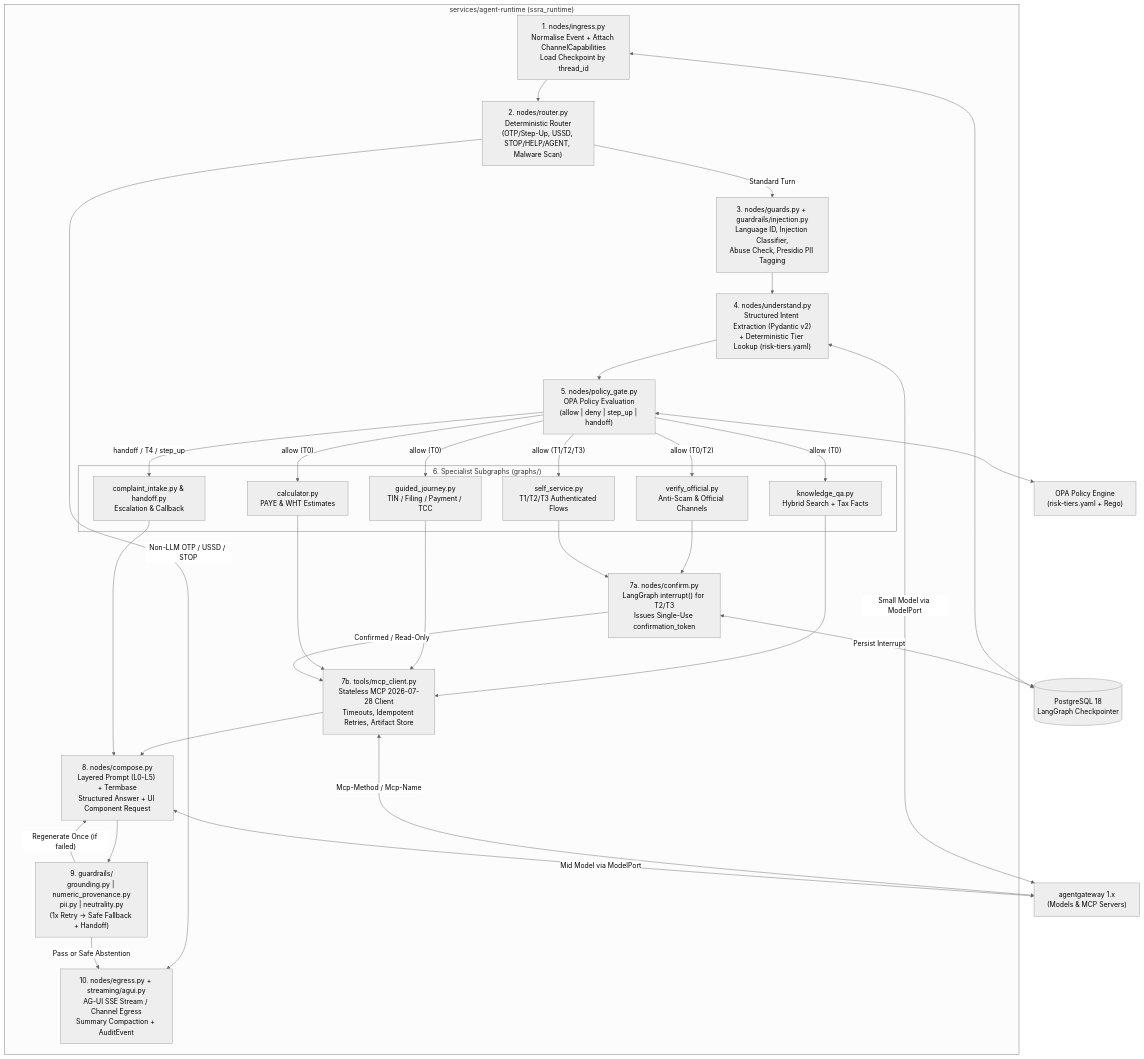
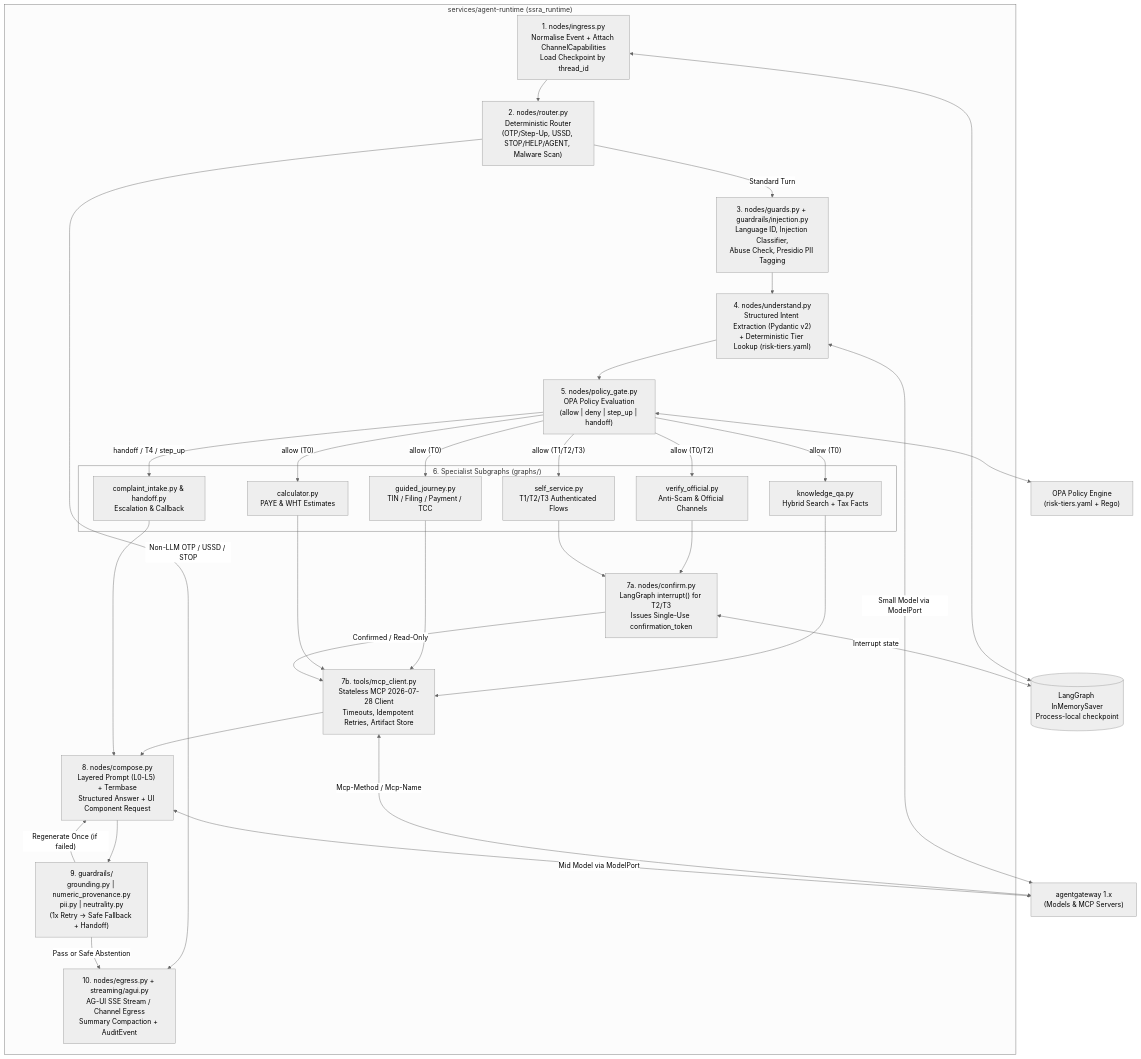
The third of 8 diagrams in docs/architecture/overview.md (mpairwe7/SSRA-CX), drawn with Mermaid (neutral theme) before and after one commit. The commit also changed other lines of this file and 3 other files, not shown here.

Commit message:
docs(architecture): reconcile current structure and flows

````diff
--- a/docs/architecture/overview.md
+++ b/docs/architecture/overview.md
@@ -273,62 +296,62 @@
 ```mermaid
 flowchart TB
     subgraph AgentRuntime["services/agent-runtime (ssra_runtime)"]
         Ingress["1. nodes/ingress.py\nNormalise Event + Attach ChannelCapabilities\nLoad Checkpoint by thread_id"]
         DetRouter["2. nodes/router.py\nDeterministic Router\n(OTP/Step-Up, USSD, STOP/HELP/AGENT, Malware Scan)"]
         InputGuard["3. nodes/guards.py + guardrails/injection.py\nLanguage ID, Injection Classifier,\nAbuse Check, Presidio PII Tagging"]
         Understand["4. nodes/understand.py\nStructured Intent Extraction (Pydantic v2)\n+ Deterministic Tier Lookup (risk-tiers.yaml)"]
         PolicyGate["5. nodes/policy_gate.py\nOPA Policy Evaluation\n(allow | deny | step_up | handoff)"]
 
         subgraph Subgraphs["6. Specialist Subgraphs (graphs/)"]
             SG_QA["knowledge_qa.py\nHybrid Search + Tax Facts"]
             SG_Journey["guided_journey.py\nTIN / Filing / Payment / TCC"]
             SG_Calc["calculator.py\nPAYE & WHT Estimates"]
             SG_Verify["verify_official.py\nAnti-Scam & Official Channels"]
             SG_Self["self_service.py\nT1/T2/T3 Authenticated Flows"]
             SG_Handoff["complaint_intake.py & handoff.py\nEscalation & Callback"]
         end
 
         ConfirmNode["7a. nodes/confirm.py\nLangGraph interrupt() for T2/T3\nIssues Single-Use confirmation_token"]
         ToolExec["7b. tools/mcp_client.py\nStateless MCP 2026-07-28 Client\nTimeouts, Idempotent Retries, Artifact Store"]
         Compose["8. nodes/compose.py\nLayered Prompt (L0-L5) + Termbase\nStructured Answer + UI Component Request"]
         OutputGuard["9. guardrails/\ngrounding.py | numeric_provenance.py\npii.py | neutrality.py\n(1x Retry -> Safe Fallback + Handoff)"]
         Egress["10. nodes/egress.py + streaming/agui.py\nAG-UI SSE Stream / Channel Egress\nSummary Compaction + AuditEvent"]
     end
 
-    PGCheck[("PostgreSQL 18\nLangGraph Checkpointer")]
+    MemoryCheck[("LangGraph InMemorySaver\nProcess-local checkpoint")]
     OPASvc["OPA Policy Engine\n(risk-tiers.yaml + Rego)"]
     Gateway["agentgateway 1.x\n(Models & MCP Servers)"]
 
-    Ingress <--> PGCheck
+    Ingress <--> MemoryCheck
     Ingress --> DetRouter
     DetRouter -->|"Non-LLM OTP / USSD / STOP"| Egress
     DetRouter -->|"Standard Turn"| InputGuard
     InputGuard --> Understand
     Understand <-->|"Small Model via ModelPort"| Gateway
     Understand --> PolicyGate
     PolicyGate <--> OPASvc
 
     PolicyGate -->|"allow (T0)"| SG_QA
     PolicyGate -->|"allow (T0)"| SG_Journey
     PolicyGate -->|"allow (T0)"| SG_Calc
     PolicyGate -->|"allow (T0/T2)"| SG_Verify
     PolicyGate -->|"allow (T1/T2/T3)"| SG_Self
     PolicyGate -->|"handoff / T4 / step_up"| SG_Handoff
 
     SG_QA --> ToolExec
     SG_Journey --> ToolExec
     SG_Calc --> ToolExec
     SG_Verify --> ConfirmNode
     SG_Self --> ConfirmNode
 
-    ConfirmNode <-->|"Persist Interrupt"| PGCheck
+    ConfirmNode <-->|"Interrupt state"| MemoryCheck
     ConfirmNode -->|"Confirmed / Read-Only"| ToolExec
     ToolExec <-->|"Mcp-Method / Mcp-Name"| Gateway
     ToolExec --> Compose
     SG_Handoff --> Compose
 
     Compose <-->|"Mid Model via ModelPort"| Gateway
     Compose --> OutputGuard
     OutputGuard -->|"Regenerate Once (if failed)"| Compose
     OutputGuard -->|"Pass or Safe Abstention"| Egress
 ```
````
